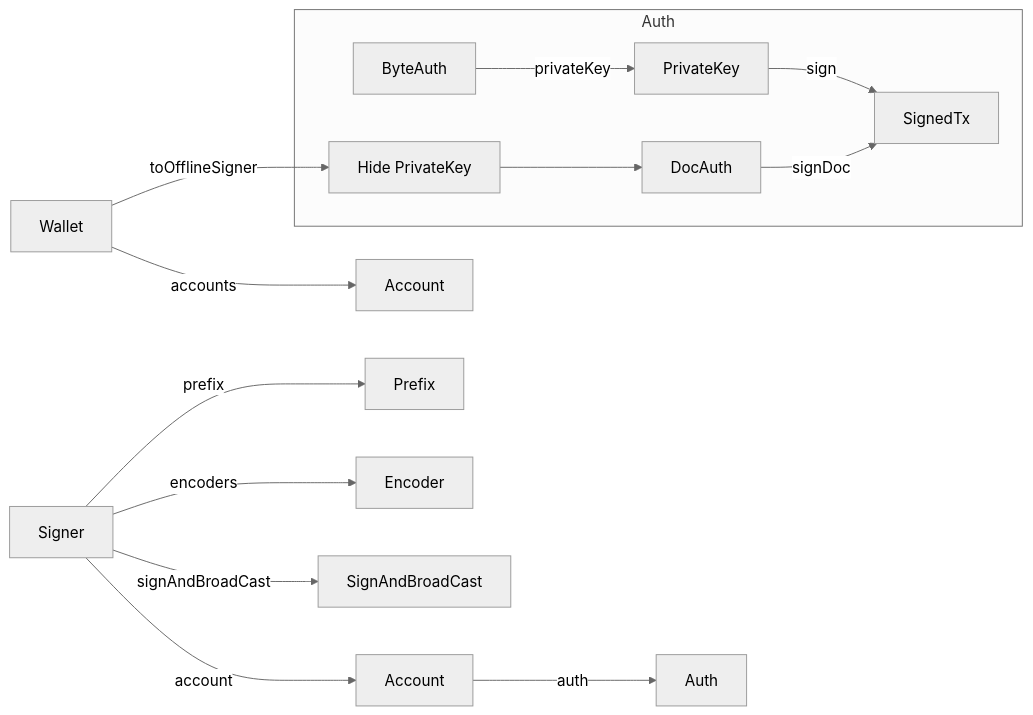
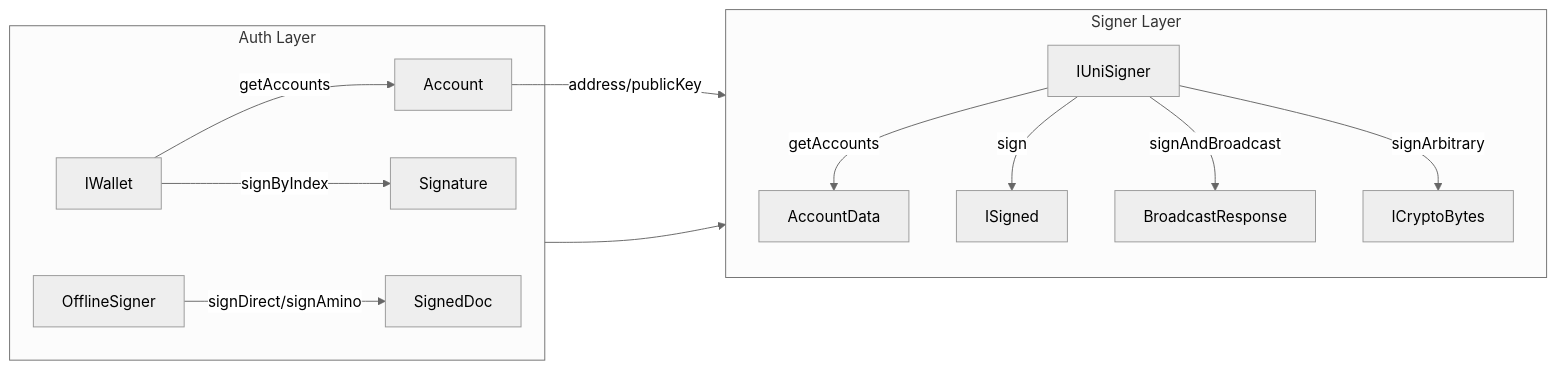
Before and after one commit to hyperweb-io/interchainjs: the diagram in docs/advanced/auth-wallet-signer.md, drawn with Mermaid (neutral theme). The commit also changed other lines of this file and 36 other files, not shown here.

````diff
--- a/docs/advanced/auth-wallet-signer.md
+++ b/docs/advanced/auth-wallet-signer.md
@@ -5,20 +5,19 @@
 ```mermaid
 graph LR
-    subgraph AuthType[Auth]
-        ByteAuth --> |privateKey| PrivateKey
-        PrivateKey --> |sign| SignedTx
-        OfflineSigner[Hide PrivateKey] --> DocAuth
-        DocAuth --> |signDoc| SignedTx
+    subgraph AuthLayer[Auth Layer]
+        IWallet --> |getAccounts| IAccount[Account]
+        IWallet --> |signByIndex| Signature
+        OfflineSigner --> |signDirect/signAmino| SignedDoc
     end
 
-    Wallet --> |accounts| IAccount[Account]
-    Wallet --> |toOfflineSigner| OfflineSigner
+    subgraph SignerLayer[Signer Layer]
+        IUniSigner --> |getAccounts| AccountData
+        IUniSigner --> |sign| ISigned
+        IUniSigner --> |signAndBroadcast| BroadcastResponse
+        IUniSigner --> |signArbitrary| ICryptoBytes
+    end
 
-    Signer --> |prefix| Prefix
-    Signer --> |account| Account
-    Signer --> |encoders| Encoder
-    Signer --> |signAndBroadCast| SignAndBroadCast
-
-    Account --> |auth| Auth
+    AuthLayer --> SignerLayer
+    IAccount --> |address/publicKey| SignerLayer
 
 ```
````
